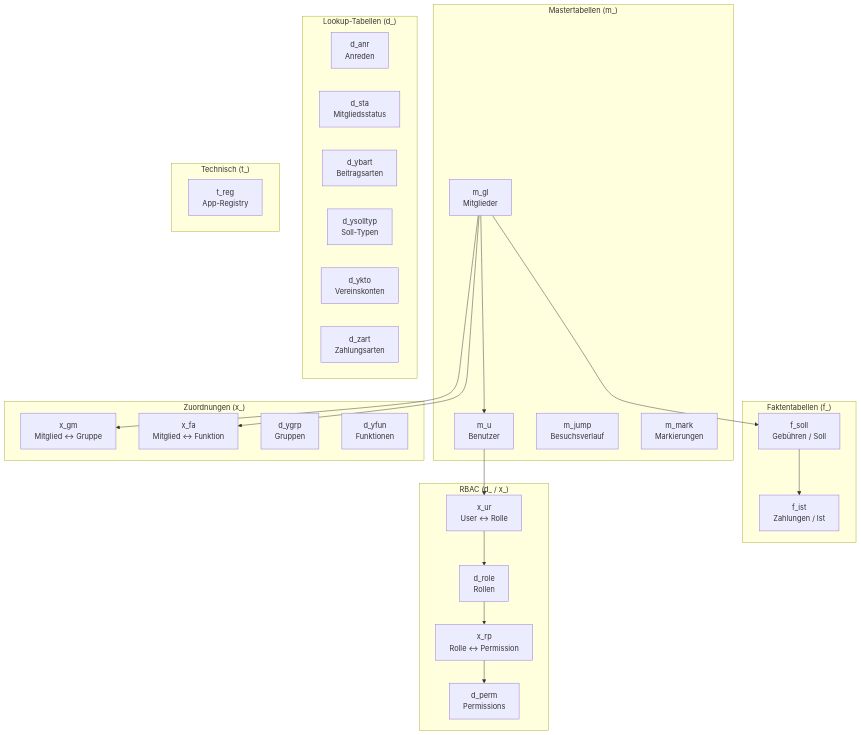
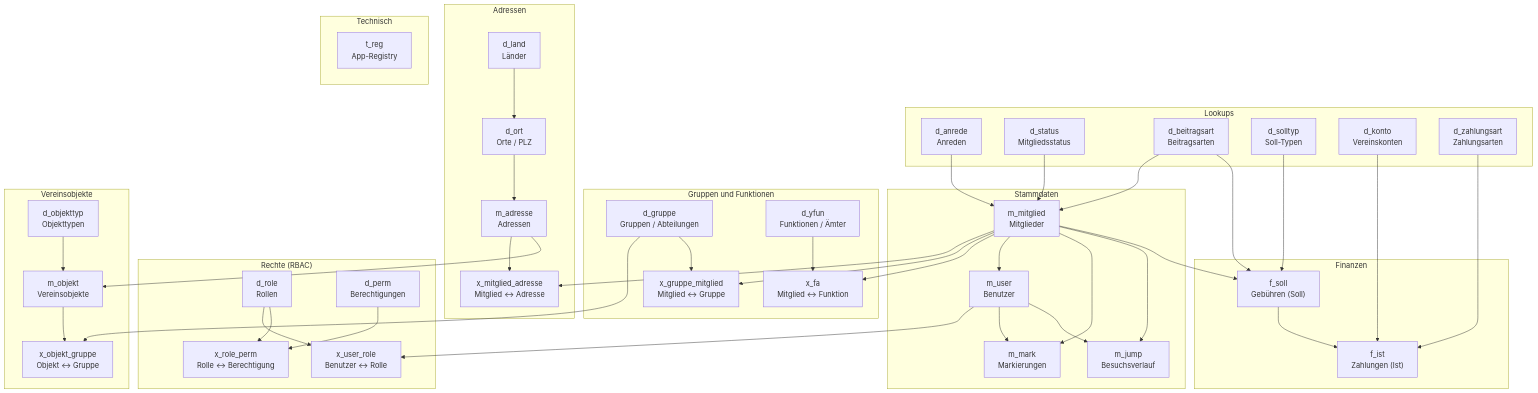
Before and after one commit to ovaya2/y: the first of 6 diagrams in schema-diagramme.md, drawn with Mermaid. The commit also changed other lines of this file and 1 other file, not shown here.

First line of the commit message:
docs: schema.md und schema-diagramme.md v2.0.0 (Neuaufbau aus yam2.Database, Stand d1dfd1b)

````diff
--- a/schema-diagramme.md
+++ b/schema-diagramme.md
@@ -9,51 +14,77 @@
 ```mermaid
 graph TD
-    subgraph MASTER["Mastertabellen (m_)"]
-        m_gl["m_gl\nMitglieder"]
-        m_u["m_u\nBenutzer"]
-        m_jump["m_jump\nBesuchsverlauf"]
-        m_mark["m_mark\nMarkierungen"]
+    subgraph MASTER["Stammdaten"]
+        m_mitglied["m_mitglied<br/>Mitglieder"]
+        m_user["m_user<br/>Benutzer"]
+        m_jump["m_jump<br/>Besuchsverlauf"]
+        m_mark["m_mark<br/>Markierungen"]
     end
-
-    subgraph FAKT["Faktentabellen (f_)"]
-        f_soll["f_soll\nGebühren / Soll"]
-        f_ist["f_ist\nZahlungen / Ist"]
+    subgraph FAKT["Finanzen"]
+        f_soll["f_soll<br/>Gebühren (Soll)"]
+        f_ist["f_ist<br/>Zahlungen (Ist)"]
     end
-
-    subgraph LOOKUP["Lookup-Tabellen (d_)"]
-        d_anr["d_anr\nAnreden"]
-        d_sta["d_sta\nMitgliedsstatus"]
-        d_ybart["d_ybart\nBeitragsarten"]
-        d_ysolltyp["d_ysolltyp\nSoll-Typen"]
-        d_ykto["d_ykto\nVereinskonten"]
-        d_zart["d_zart\nZahlungsarten"]
+    subgraph LOOKUP["Lookups"]
+        d_anrede["d_anrede<br/>Anreden"]
+        d_status["d_status<br/>Mitgliedsstatus"]
+        d_beitragsart["d_beitragsart<br/>Beitragsarten"]
+        d_solltyp["d_solltyp<br/>Soll-Typen"]
+        d_konto["d_konto<br/>Vereinskonten"]
+        d_zahlungsart["d_zahlungsart<br/>Zahlungsarten"]
     end
-
-    subgraph RBAC["RBAC (d_ / x_)"]
-        d_role["d_role\nRollen"]
-        d_perm["d_perm\nPermissions"]
-        x_ur["x_ur\nUser ↔ Rolle"]
-        x_rp["x_rp\nRolle ↔ Permission"]
+    subgraph RBAC["Rechte (RBAC)"]
+        d_role["d_role<br/>Rollen"]
+        d_perm["d_perm<br/>Berechtigungen"]
+        x_user_role["x_user_role<br/>Benutzer ↔ Rolle"]
+        x_role_perm["x_role_perm<br/>Rolle ↔ Berechtigung"]
     end
-
-    subgraph ZUORD["Zuordnungen (x_)"]
-        x_gm["x_gm\nMitglied ↔ Gruppe"]
-        x_fa["x_fa\nMitglied ↔ Funktion"]
-        d_ygrp["d_ygrp\nGruppen"]
-        d_yfun["d_yfun\nFunktionen"]
+    subgraph ZUORD["Gruppen und Funktionen"]
+        d_gruppe["d_gruppe<br/>Gruppen / Abteilungen"]
+        d_yfun["d_yfun<br/>Funktionen / Ämter"]
+        x_gruppe_mitglied["x_gruppe_mitglied<br/>Mitglied ↔ Gruppe"]
+        x_fa["x_fa<br/>Mitglied ↔ Funktion"]
     end
-
-    subgraph TECH["Technisch (t_)"]
-        t_reg["t_reg\nApp-Registry"]
+    subgraph ADR["Adressen"]
+        d_land["d_land<br/>Länder"]
+        d_ort["d_ort<br/>Orte / PLZ"]
+        m_adresse["m_adresse<br/>Adressen"]
+        x_mitglied_adresse["x_mitglied_adresse<br/>Mitglied ↔ Adresse"]
     end
-
-    m_gl --> f_soll
-    m_gl --> m_u
+    subgraph OBJ["Vereinsobjekte"]
+        d_objekttyp["d_objekttyp<br/>Objekttypen"]
+        m_objekt["m_objekt<br/>Vereinsobjekte"]
+        x_objekt_gruppe["x_objekt_gruppe<br/>Objekt ↔ Gruppe"]
+    end
+    subgraph TECH["Technisch"]
+        t_reg["t_reg<br/>App-Registry"]
+    end
+    d_anrede --> m_mitglied
+    d_beitragsart --> f_soll
+    d_beitragsart --> m_mitglied
+    d_gruppe --> x_gruppe_mitglied
+    d_gruppe --> x_objekt_gruppe
+    d_konto --> f_ist
+    d_land --> d_ort
+    d_objekttyp --> m_objekt
+    d_ort --> m_adresse
+    d_perm --> x_role_perm
+    d_role --> x_role_perm
+    d_role --> x_user_role
+    d_solltyp --> f_soll
+    d_status --> m_mitglied
+    d_yfun --> x_fa
+    d_zahlungsart --> f_ist
     f_soll --> f_ist
-    m_u --> x_ur
-    x_ur --> d_role
-    d_role --> x_rp
-    x_rp --> d_perm
-    m_gl --> x_gm
-    m_gl --> x_fa
+    m_adresse --> m_objekt
+    m_adresse --> x_mitglied_adresse
+    m_mitglied --> f_soll
+    m_mitglied --> m_jump
+    m_mitglied --> m_mark
+    m_mitglied --> m_user
+    m_mitglied --> x_fa
+    m_mitglied --> x_gruppe_mitglied
+    m_mitglied --> x_mitglied_adresse
+    m_objekt --> x_objekt_gruppe
+    m_user --> m_jump
+    m_user --> m_mark
+    m_user --> x_user_role
 ```
````
